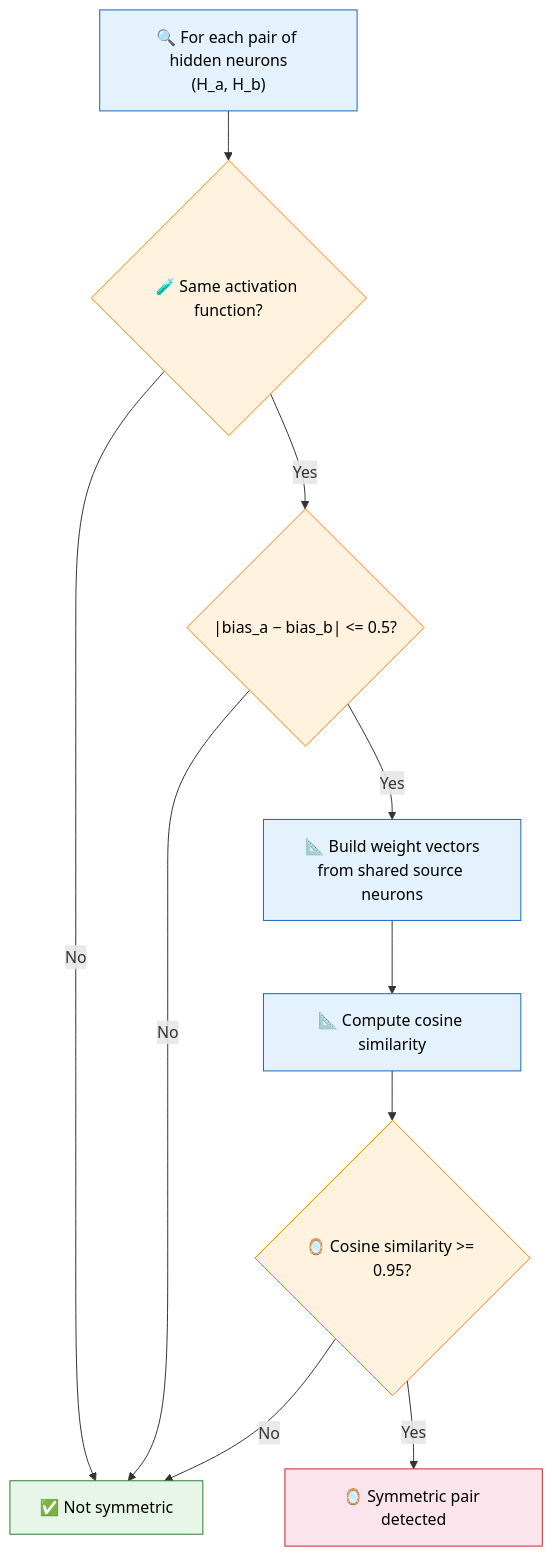
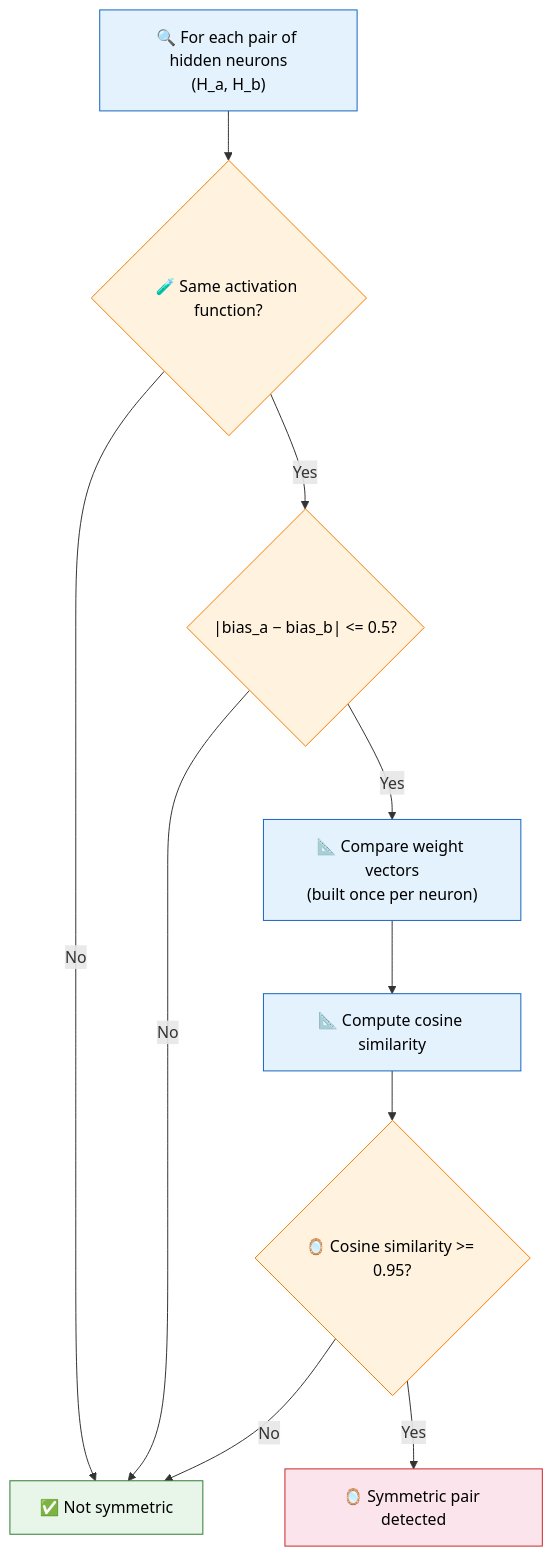
The second of 3 diagrams in docs/discoveries/symmetry-breaking.md (stSoftwareAU/NEAT-AI-Discovery), drawn with Mermaid before and after one commit. The commit also changed other lines of this file and 8 other files, not shown here.

First line of the commit message:
🟡 Uncancellable O(E²) pair scan rebuilding weight vectors per pair in detect_symmetric_neurons (src/analysis/detection/symmetry_breaking.rs) (Issue #2349) (#2400)

````diff
--- a/docs/discoveries/symmetry-breaking.md
+++ b/docs/discoveries/symmetry-breaking.md
@@ -48,20 +48,20 @@
 ```mermaid
 flowchart TD
     A["🔍 For each pair of hidden neurons<br/>(H_a, H_b)"] --> B{"🧪 Same activation function?"}
     B -->|"No"| Z["✅ Not symmetric"]
     B -->|"Yes"| C{"|bias_a − bias_b| <= 0.5?"}
     C -->|"No"| Z
-    C -->|"Yes"| D["📐 Build weight vectors<br/>from shared source neurons"]
+    C -->|"Yes"| D["📐 Compare weight vectors<br/>(built once per neuron)"]
     D --> E["📐 Compute cosine similarity"]
     E --> F{"🪞 Cosine similarity >= 0.95?"}
     F -->|"Yes"| G["🪞 Symmetric pair detected"]
     F -->|"No"| Z
     style A fill:#e3f2fd,stroke:#1565c0,color:#000
     style B fill:#fff3e0,stroke:#f57c00,color:#000
     style C fill:#fff3e0,stroke:#f57c00,color:#000
     style D fill:#e3f2fd,stroke:#1565c0,color:#000
     style E fill:#e3f2fd,stroke:#1565c0,color:#000
     style F fill:#fff3e0,stroke:#f57c00,color:#000
     style G fill:#fce4ec,stroke:#c62828,color:#000
     style Z fill:#e8f5e9,stroke:#2e7d32,color:#000
 ```
````
